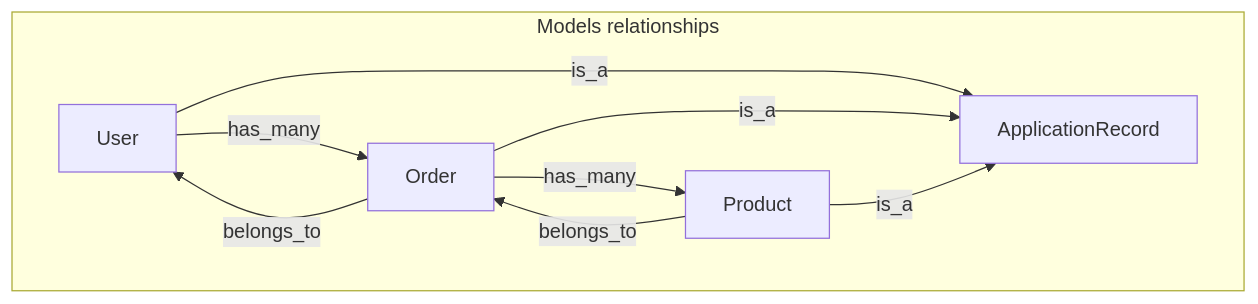
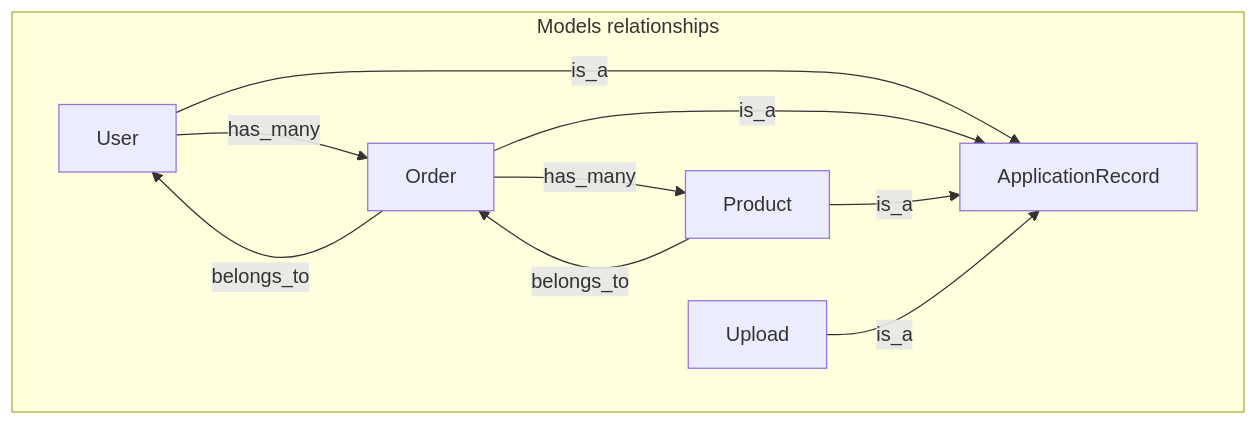
The second of 4 diagrams in README.md (enogrob/order_normalizer_api), drawn with Mermaid before and after one commit. The commit also changed other lines of this file, not shown here.

````diff
--- a/README.md
+++ b/README.md
@@ -58,17 +58,19 @@
 ```mermaid
 graph TD
     subgraph Models relationships
       A[User]
       B[Order]
       C[Product]
+      E[Upload]
       D[ApplicationRecord]
       
       A -->|has_many| B
       B --> |belongs_to| A
       B --> |has_many| C
       C -->|belongs_to| B
       A --> |is_a| D
       B --> |is_a| D
       C --> |is_a| D
+      E --> |is_a| D
     end
 ```
````
